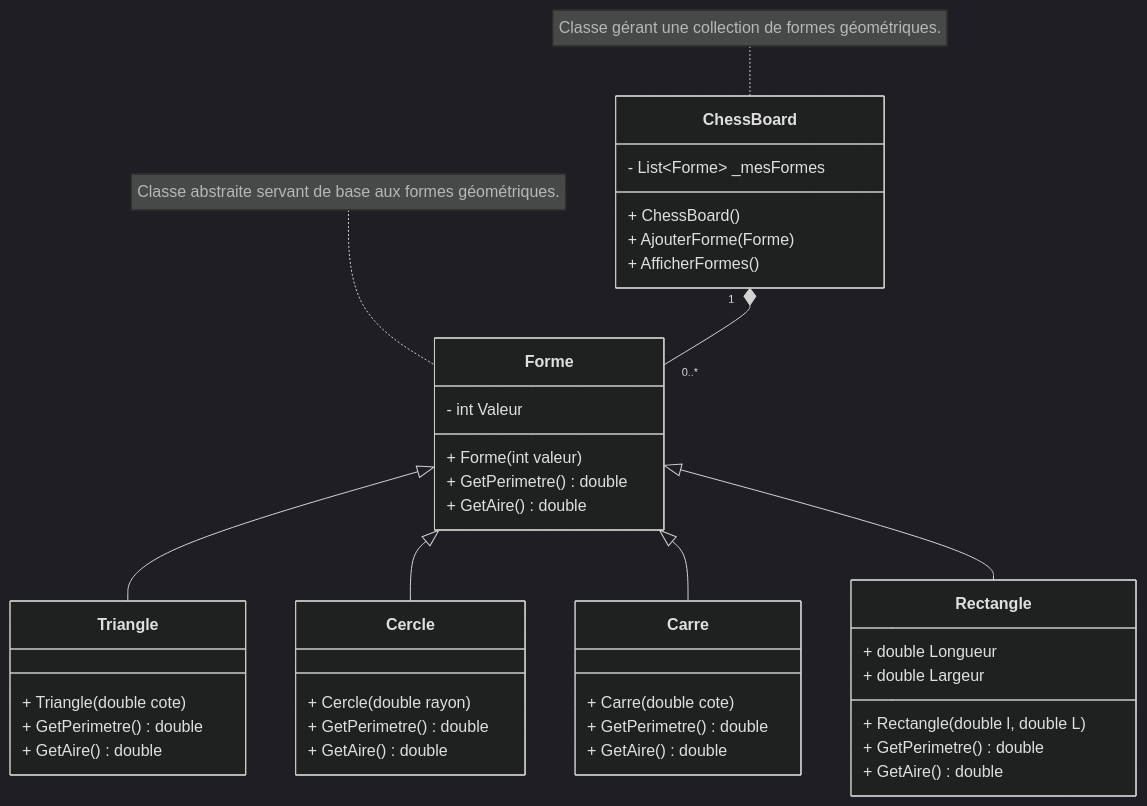
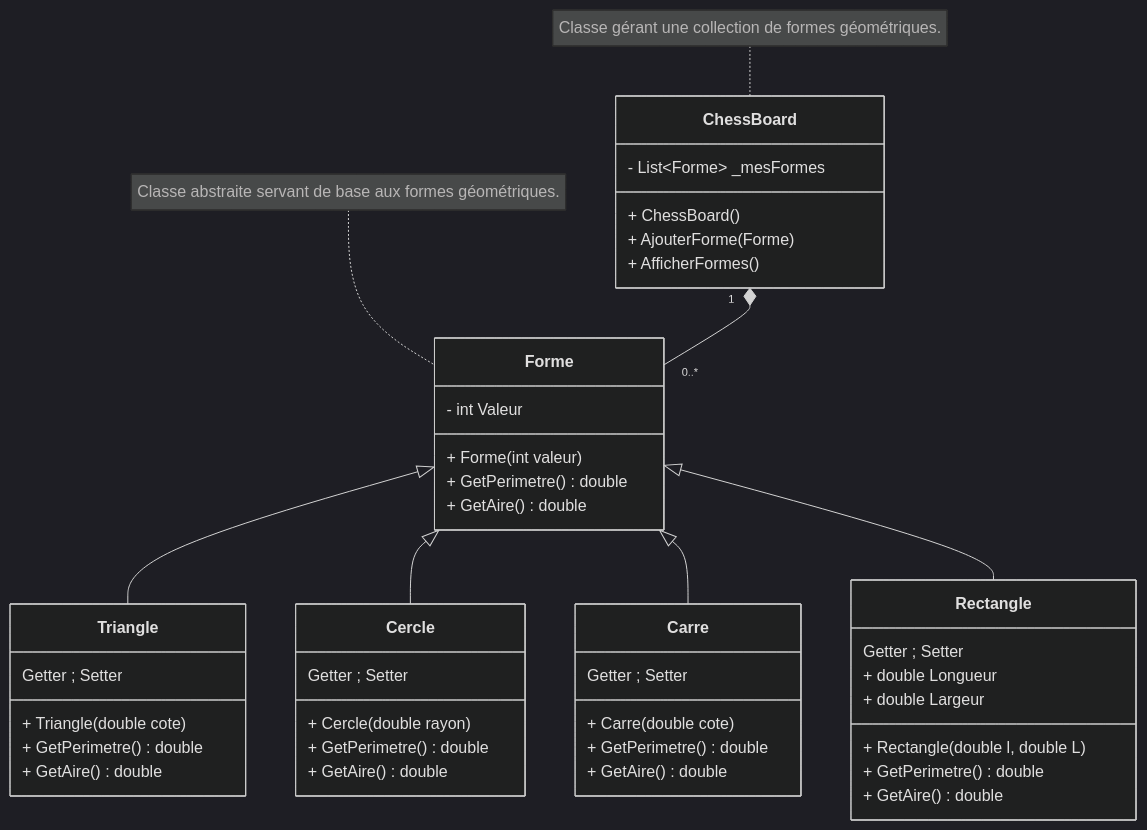
Before and after one commit to Wesleysnipzz/fil-rouge: the diagram in uml/diagrame_class.mmd, drawn with Mermaid (dark theme). The commit also changed 10 other files, not shown here.

```diff
--- a/uml/diagrame_class.mmd
+++ b/uml/diagrame_class.mmd
@@ -1,53 +1,57 @@
 classDiagram
     class Forme {
         - int Valeur
         + Forme(int valeur)
         + GetPerimetre() double
         + GetAire() double
     }
 
     class Triangle {
+        Getter ; Setter
         + Triangle(double cote)
         + GetPerimetre() double
         + GetAire() double
     }
 
     class Cercle {
+        Getter ; Setter
         + Cercle(double rayon)
         + GetPerimetre() double
         + GetAire() double
     }
 
     class Carre {
+        Getter ; Setter
         + Carre(double cote)
         + GetPerimetre() double
         + GetAire() double
     }
 
     class Rectangle {
+        Getter ; Setter
         + double Longueur
         + double Largeur
         + Rectangle(double l, double L)
         + GetPerimetre() double
         + GetAire() double
     }
 
     class ChessBoard {
         - List~Forme~ _mesFormes
         + ChessBoard()
         + AjouterForme(Forme)
         + AfficherFormes()
     }
 
 %% Héritage des formes
     Forme <|-- Triangle
     Forme <|-- Cercle
     Forme <|-- Carre
     Forme <|-- Rectangle
 
 %% Relation de composition entre ChessBoard et Forme
     ChessBoard "1" *-- "0..*" Forme
 
 %% Notes explicatives
     note for ChessBoard "Classe gérant une collection de formes géométriques."
     note for Forme "Classe abstraite servant de base aux formes géométriques."
```
